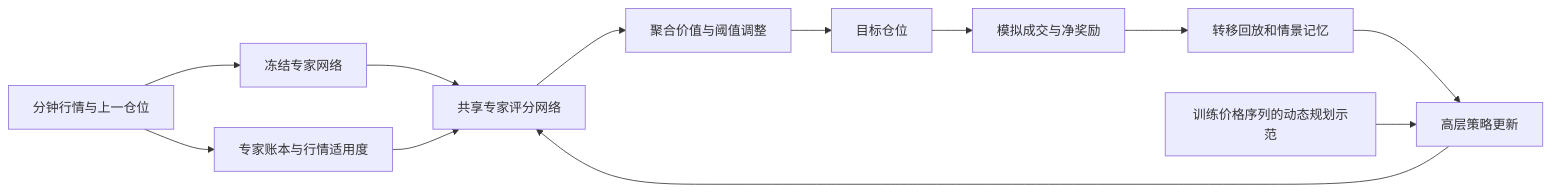
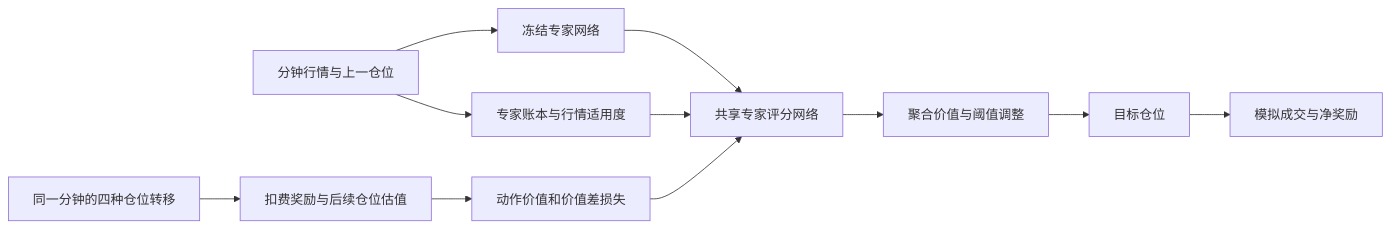
The diagram in docs/architecture.md (Yamila56/eth-expert-routing), drawn with Mermaid before and after one commit. The commit also changed other lines of this file and 3 other files, not shown here.

````diff
--- a/docs/architecture.md
+++ b/docs/architecture.md
@@ -7,14 +7,13 @@
 ```mermaid
 flowchart LR
     S[分钟行情与上一仓位] --> E[冻结专家网络]
     S --> L[专家账本与行情适用度]
     E --> R[共享专家评分网络]
     L --> R
     R --> G[聚合价值与阈值调整]
     G --> A[目标仓位]
     A --> P[模拟成交与净奖励]
-    P --> X[转移回放和情景记忆]
-    X --> U[高层策略更新]
-    D[训练价格序列的动态规划示范] --> U
+    T[同一分钟的四种仓位转移] --> B[扣费奖励与后续仓位估值]
+    B --> U[动作价值和价值差损失]
     U --> R
 ```
````
